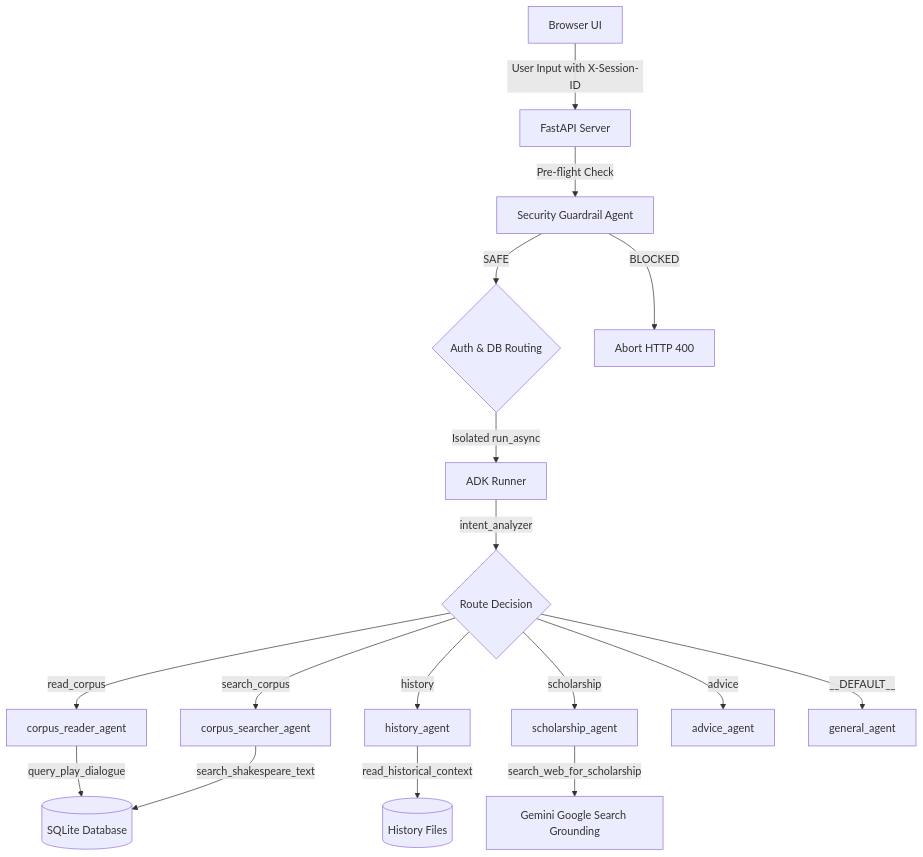
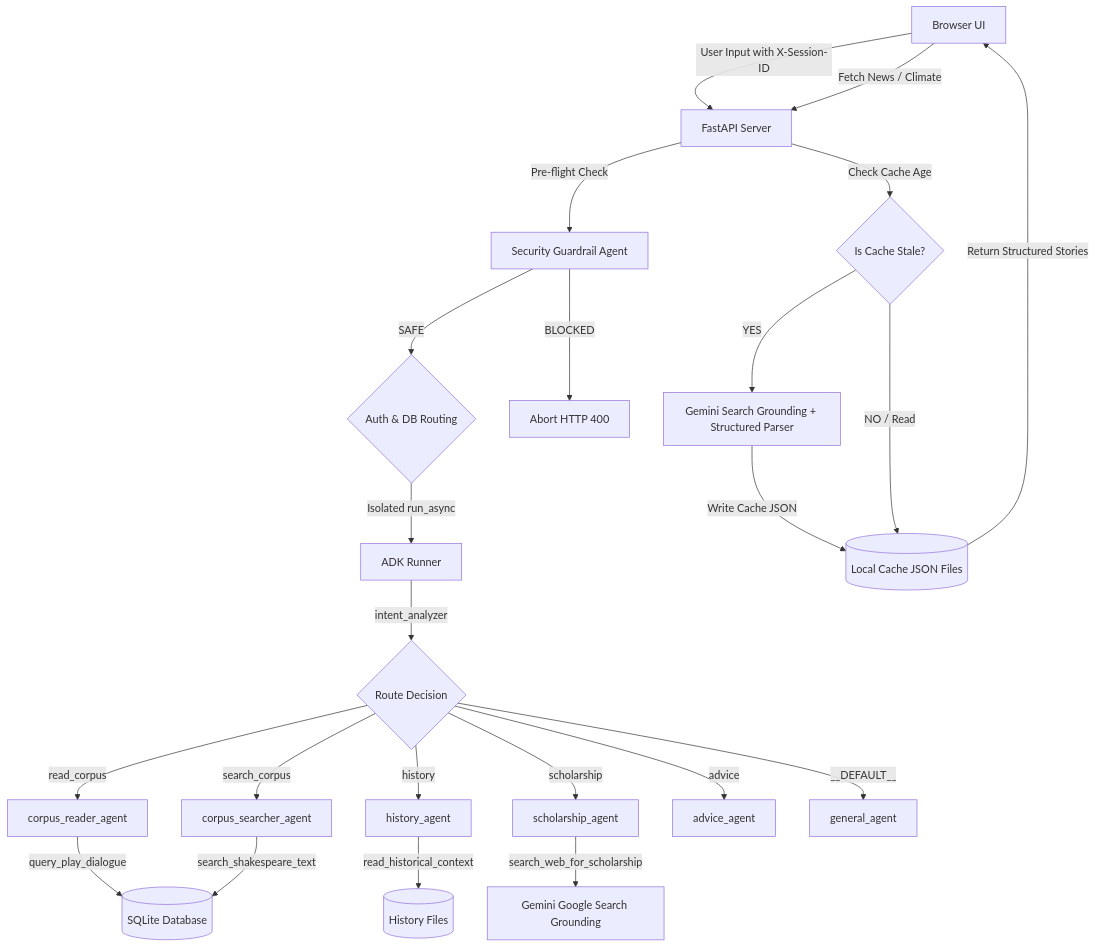
The diagram in README.md (floatytomato/ShakespeareSpeaks), drawn with Mermaid before and after one commit. The commit also changed 1 other file, not shown here.

Commit message:
Update architecture diagram and README to include the news and climate caching flow

````diff
--- a/README.md
+++ b/README.md
@@ -36,21 +36,30 @@
 ```mermaid
 graph TD
+    %% Chat Flow
     Client[Browser UI] -->|User Input with X-Session-ID| Backend[FastAPI Server]
     Backend -->|Pre-flight Check| SecAgent[Security Guardrail Agent]
     SecAgent -->|SAFE| AuthCheck{Auth & DB Routing}
     SecAgent -->|BLOCKED| Abort[Abort HTTP 400]
     
     AuthCheck -->|Isolated run_async| ADK[ADK Runner]
     ADK -->|intent_analyzer| Router{Route Decision}
     Router -->|read_corpus| CorpusReader[corpus_reader_agent]
     Router -->|search_corpus| CorpusSearcher[corpus_searcher_agent]
     Router -->|history| HistoryScholar[history_agent]
     Router -->|scholarship| ScholarshipAgent[scholarship_agent]
     Router -->|advice| AdviceAgent[advice_agent]
     Router -->|__DEFAULT__| GeneralAgent[general_agent]
 
     CorpusReader -->|query_play_dialogue| DB[(SQLite Database)]
     CorpusSearcher -->|search_shakespeare_text| DB
     HistoryScholar -->|read_historical_context| MarkdownFiles[(History Files)]
     ScholarshipAgent -->|search_web_for_scholarship| GoogleSearch[Gemini Google Search Grounding]
+
+    %% News & Climate Caching Flow
+    Client -->|Fetch News / Climate| Backend
+    Backend -->|Check Cache Age| CacheCheck{Is Cache Stale?}
+    CacheCheck -->|YES| GenGrounding[Gemini Search Grounding + Structured Parser]
+    GenGrounding -->|Write Cache JSON| CacheFile[(Local Cache JSON Files)]
+    CacheCheck -->|NO / Read| CacheFile
+    CacheFile -->|Return Structured Stories| Client
 ```
````
